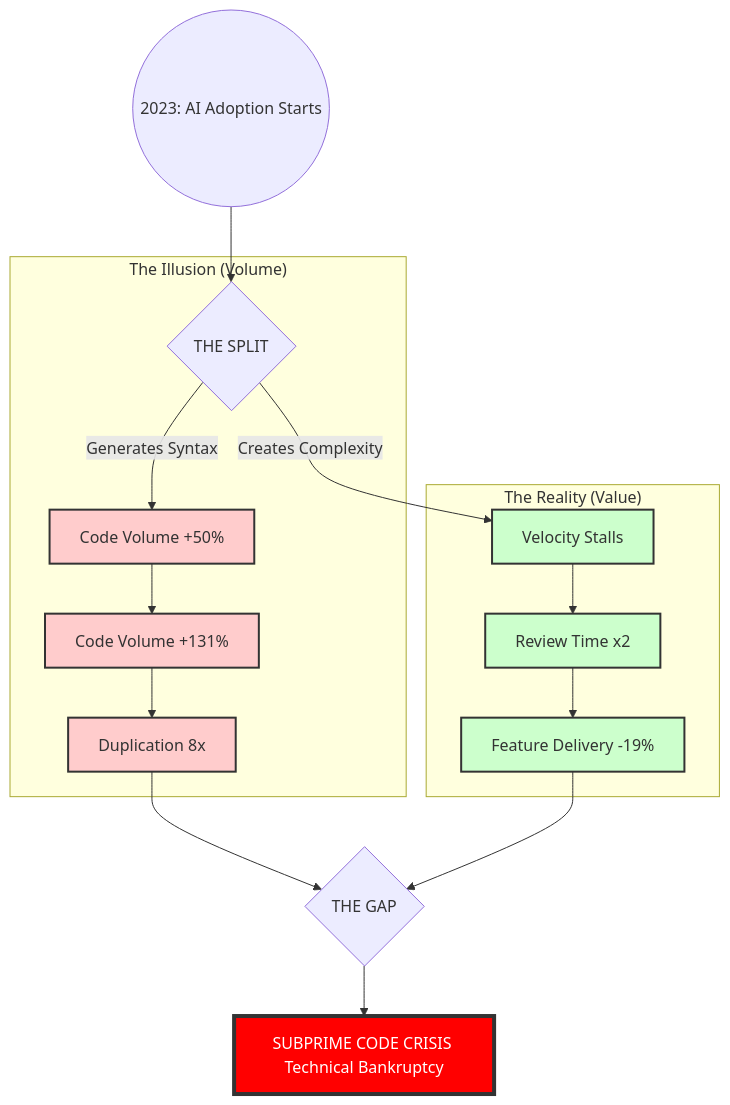
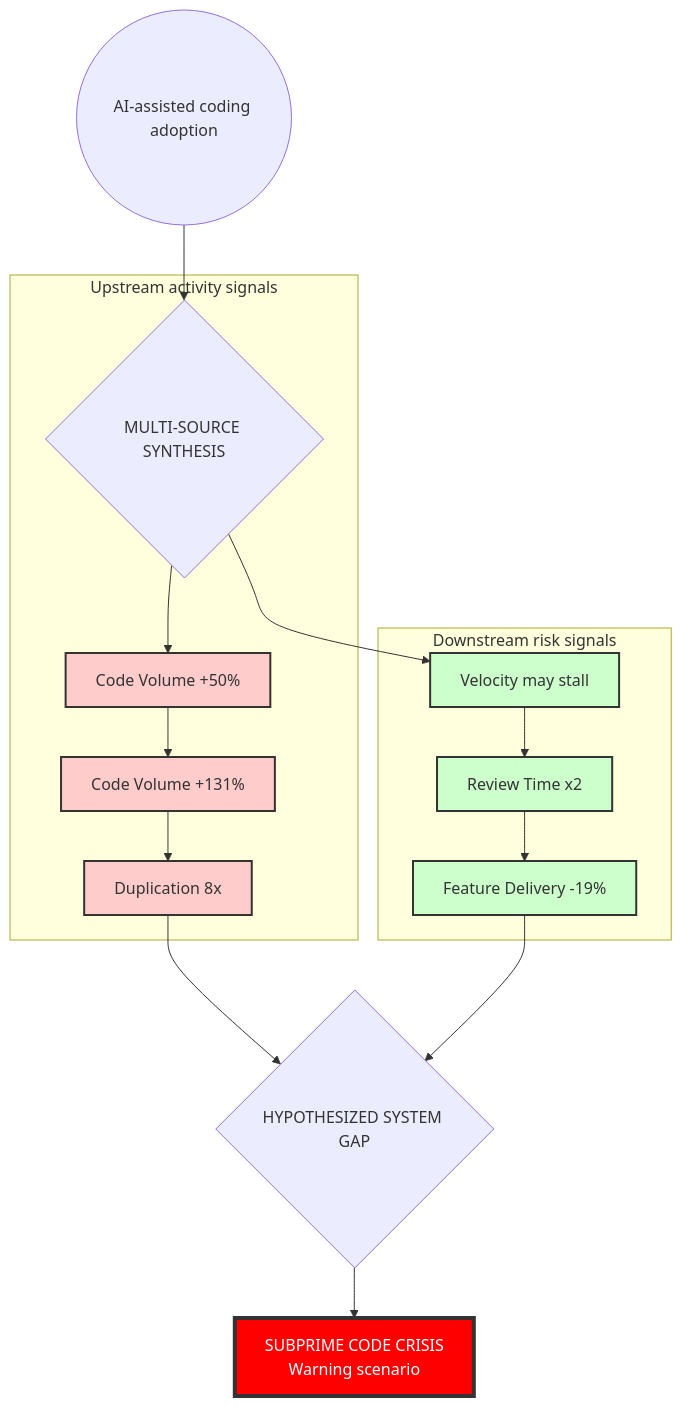
Before and after one commit to UncertaintyArchitectureGroup/The-Subprime-Code-Crisis: the second of 3 diagrams in README.md, drawn with Mermaid. The commit also changed other lines of this file, not shown here.

Commit message:
Clarify source registry and provisional synthesis boundaries

````diff
--- a/README.md
+++ b/README.md
@@ -128,31 +130,30 @@
 ```mermaid
 flowchart TD
     %% Setup Styles
     classDef volume fill:#ffcccc,stroke:#333,stroke-width:2px;
     classDef value fill:#ccffcc,stroke:#333,stroke-width:2px;
     classDef crisis fill:#ff0000,color:white,stroke:#333,stroke-width:4px;
 
-    Start((2023: AI Adoption Starts)) --> Split{THE SPLIT}
+    Start((AI-assisted coding adoption)) --> Split{MULTI-SOURCE SYNTHESIS}
 
-    subgraph Illusion ["The Illusion (Volume)"]
-        Split -->|Generates Syntax| Vol1[Code Volume +50%]
+    subgraph Illusion ["Upstream activity signals"]
+        Split --> Vol1[Code Volume +50%]
         Vol1 --> Vol2[Code Volume +131%]
         Vol2 --> Vol3[Duplication 8x]
     end
 
-    subgraph Reality ["The Reality (Value)"]
-        Split -->|Creates Complexity| Val1[Velocity Stalls]
+    subgraph Reality ["Downstream risk signals"]
+        Split --> Val1[Velocity may stall]
         Val1 --> Val2[Review Time x2]
         Val2 --> Val3[Feature Delivery -19%]
     end
 
-    Vol3 --> Gap{THE GAP}
+    Vol3 --> Gap{HYPOTHESIZED SYSTEM GAP}
     Val3 --> Gap
 
-    Gap --> Crisis[SUBPRIME CODE CRISIS Technical Bankruptcy]
+    Gap --> Crisis[SUBPRIME CODE CRISIS<br/>Warning scenario]
 
-    %% Apply Styles
     class Vol1,Vol2,Vol3 volume;
     class Val1,Val2,Val3 value;
     class Crisis crisis;
 ```
````
